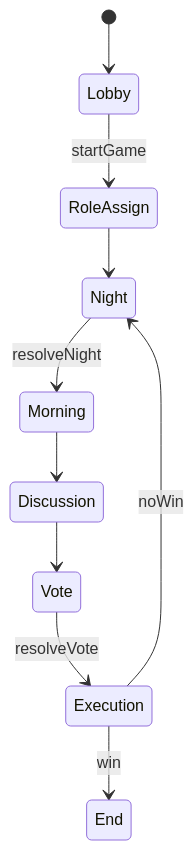
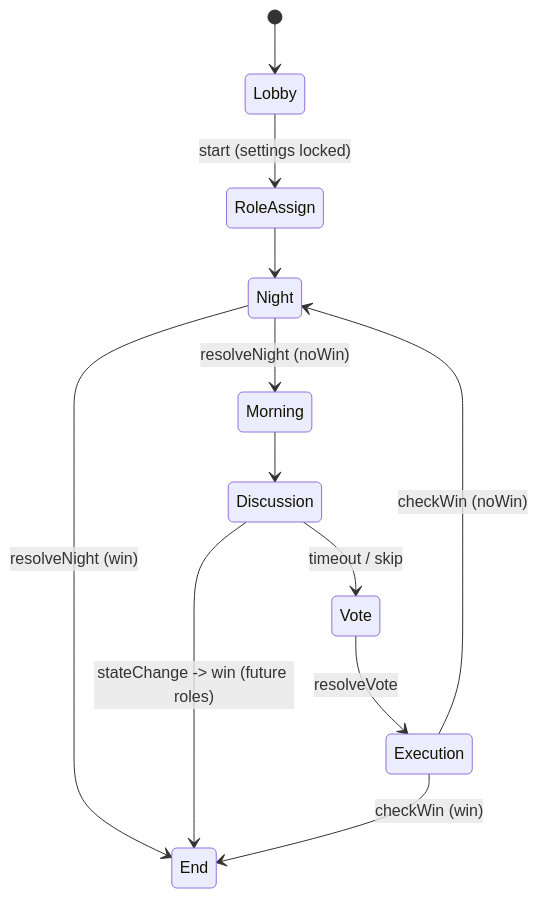
One commit to Probmkr/werewolf-bot-js-2 changed the diagram in PLAN.md. Above: the diagram before and after it, drawn with Mermaid. The commit also changed other lines of this file, not shown here.

````diff
--- a/PLAN.md
+++ b/PLAN.md
@@ -105,12 +111,18 @@
 ```mermaid
 stateDiagram-v2
   [*] --> Lobby
-  Lobby --> RoleAssign: startGame
+  Lobby --> RoleAssign: start (settings locked)
   RoleAssign --> Night
-  Night --> Morning: resolveNight
+
+  Night --> Morning: resolveNight (noWin)
+  Night --> End: resolveNight (win)
+
   Morning --> Discussion
-  Discussion --> Vote
+
+  Discussion --> Vote: timeout / skip
+  Discussion --> End: stateChange -> win (future roles)
+
   Vote --> Execution: resolveVote
-  Execution --> Night: noWin
-  Execution --> End: win
+  Execution --> Night: checkWin (noWin)
+  Execution --> End: checkWin (win)
 ```
````
